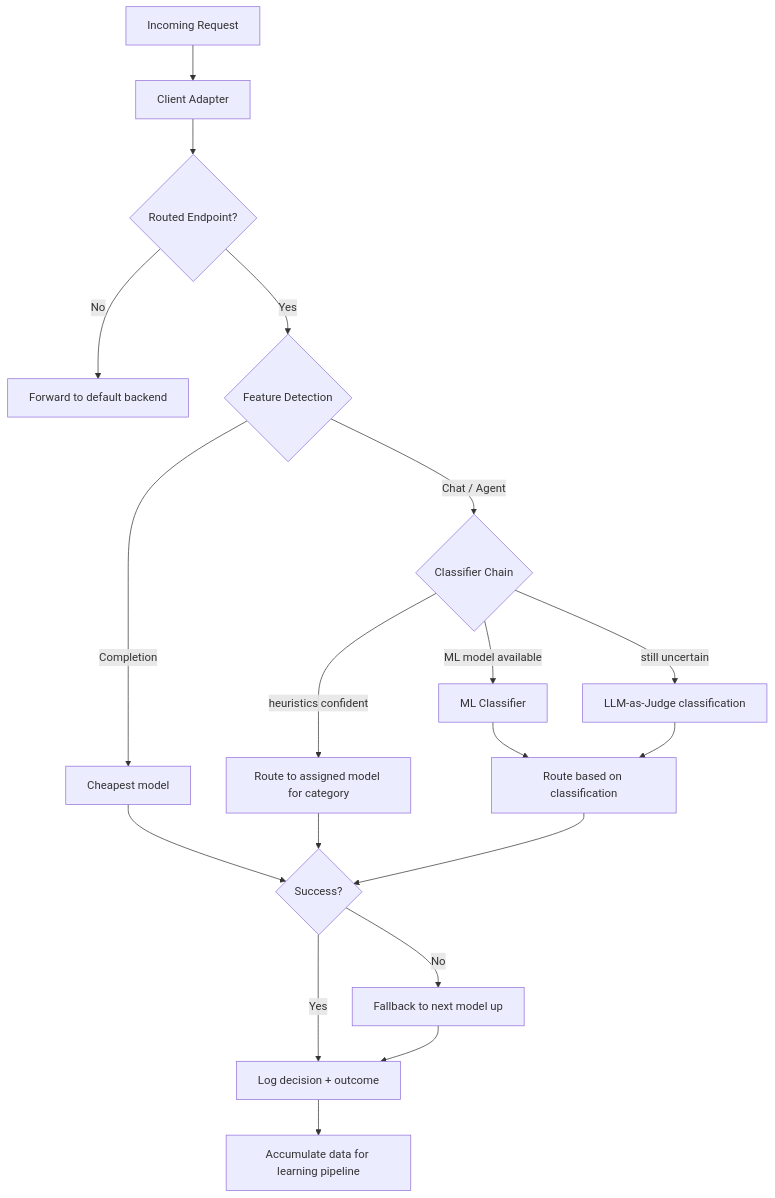
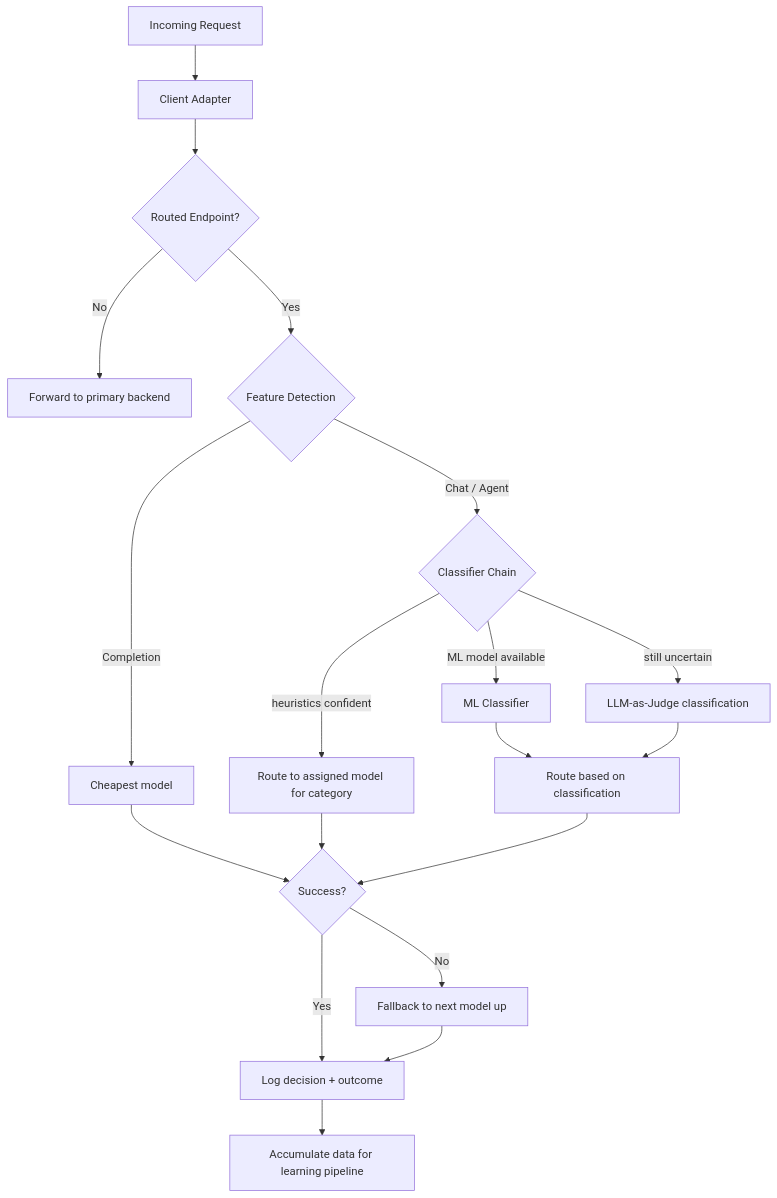
Before and after one commit to thsfranca/rex: the second of 3 diagrams in ARCHITECTURE.md, drawn with Mermaid. The commit also changed other lines of this file, not shown here.

First line of the commit message:
Align ARCHITECTURE.md with cost-first routing and measurable criteria

````diff
--- a/ARCHITECTURE.md
+++ b/ARCHITECTURE.md
@@ -104,21 +106,21 @@
 ```mermaid
 flowchart TD
     Request[Incoming Request] --> ClientAdapter[Client Adapter]
     ClientAdapter --> EndpointCheck{Routed Endpoint?}
-    EndpointCheck -->|No| Passthrough[Forward to default backend]
+    EndpointCheck -->|No| Passthrough[Forward to primary backend]
     EndpointCheck -->|Yes| FeatureDetect{Feature Detection}
     FeatureDetect -->|Completion| FastPath[Cheapest model]
     FeatureDetect -->|Chat / Agent| ClassifierChain{Classifier Chain}
     ClassifierChain -->|heuristics confident| RouteDirectly[Route to assigned model for category]
     ClassifierChain -->|ML model available| MLClassify[ML Classifier]
     ClassifierChain -->|still uncertain| LLMJudge[LLM-as-Judge classification]
     MLClassify --> RouteClassified[Route based on classification]
     LLMJudge --> RouteClassified
     FastPath --> Fallback{Success?}
     RouteDirectly --> Fallback
     RouteClassified --> Fallback
     Fallback -->|Yes| Log[Log decision + outcome]
     Fallback -->|No| Escalate[Fallback to next model up]
     Escalate --> Log
     Log --> FeedbackData[Accumulate data for learning pipeline]
 ```
````
